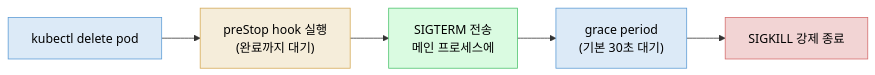
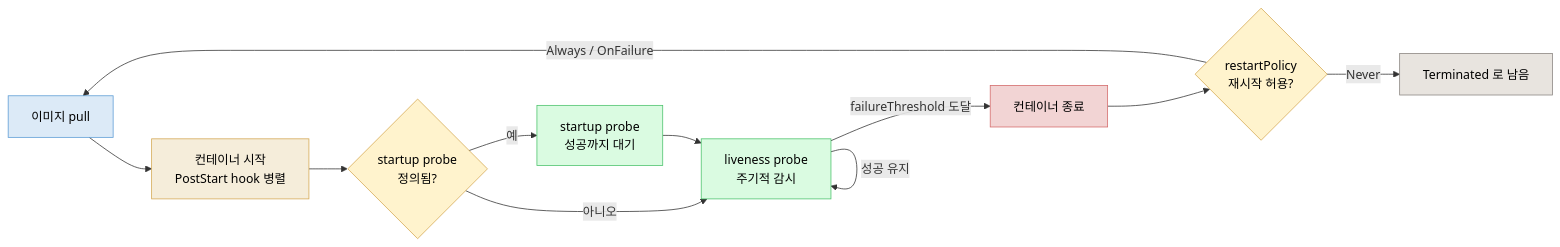
The fourth of 5 diagrams in write/08_cloud/book/kubernetes-in-action/06-03.lifecycle hook과 Pod 생애주기 전체.md (scofe97/StduyWrite), drawn with Mermaid before and after one commit. The commit also changed other lines of this file and 142 other files, not shown here.

````diff
--- a/write/08_cloud/book/kubernetes-in-action/06-03.lifecycle hook과 Pod 생애주기 전체.md
+++ b/write/08_cloud/book/kubernetes-in-action/06-03.lifecycle hook과 Pod 생애주기 전체.md
@@ -208,12 +223,21 @@
 ```mermaid
 flowchart LR
-    del["kubectl delete pod"] --> hook["preStop hook 실행<br>(완료까지 대기)"]
-    hook --> term["SIGTERM 전송<br>메인 프로세스에"]
-    term --> grace["grace period<br>(기본 30초 대기)"]
-    grace --> kill["SIGKILL 강제 종료"]
-    style del fill:#dceaf7,stroke:#5b9bd5,color:#000
-    style hook fill:#f5edda,stroke:#d4a853,color:#000
-    style term fill:#dafbe1,stroke:#4ac26b,color:#000
-    style grace fill:#dceaf7,stroke:#5b9bd5,color:#000
-    style kill fill:#f2d4d4,stroke:#d46a6a,color:#000
+    pull["이미지 pull"] --> start["컨테이너 시작<br>PostStart hook 병렬"]
+    start --> sp{"startup probe<br>정의됨?"}
+    sp -->|"예"| spcheck["startup probe<br>성공까지 대기"]
+    sp -->|"아니오"| live["liveness probe<br>주기적 감시"]
+    spcheck --> live
+    live -->|"성공 유지"| live
+    live -->|"failureThreshold 도달"| term["컨테이너 종료"]
+    term --> rp{"restartPolicy<br>재시작 허용?"}
+    rp -->|"Always / OnFailure"| pull
+    rp -->|"Never"| dead["Terminated 로 남음"]
+    style pull fill:#dceaf7,stroke:#5b9bd5,color:#000
+    style start fill:#f5edda,stroke:#d4a853,color:#000
+    style sp fill:#fff3cd,stroke:#d4a853,color:#000
+    style spcheck fill:#dafbe1,stroke:#4ac26b,color:#000
+    style live fill:#dafbe1,stroke:#4ac26b,color:#000
+    style term fill:#f2d4d4,stroke:#d46a6a,color:#000
+    style rp fill:#fff3cd,stroke:#d4a853,color:#000
+    style dead fill:#e8e4df,stroke:#8a8580,color:#000
 ```
````
